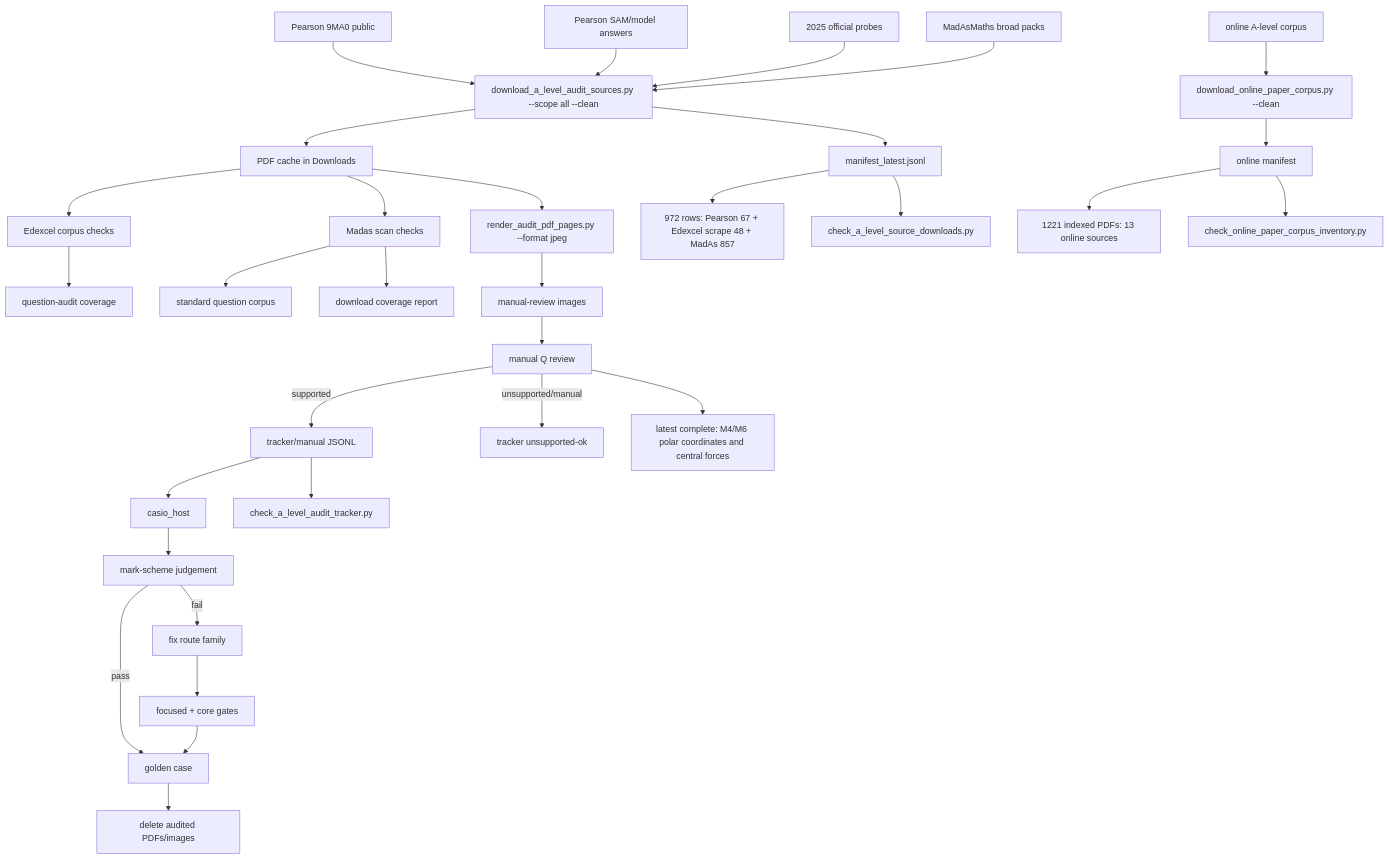
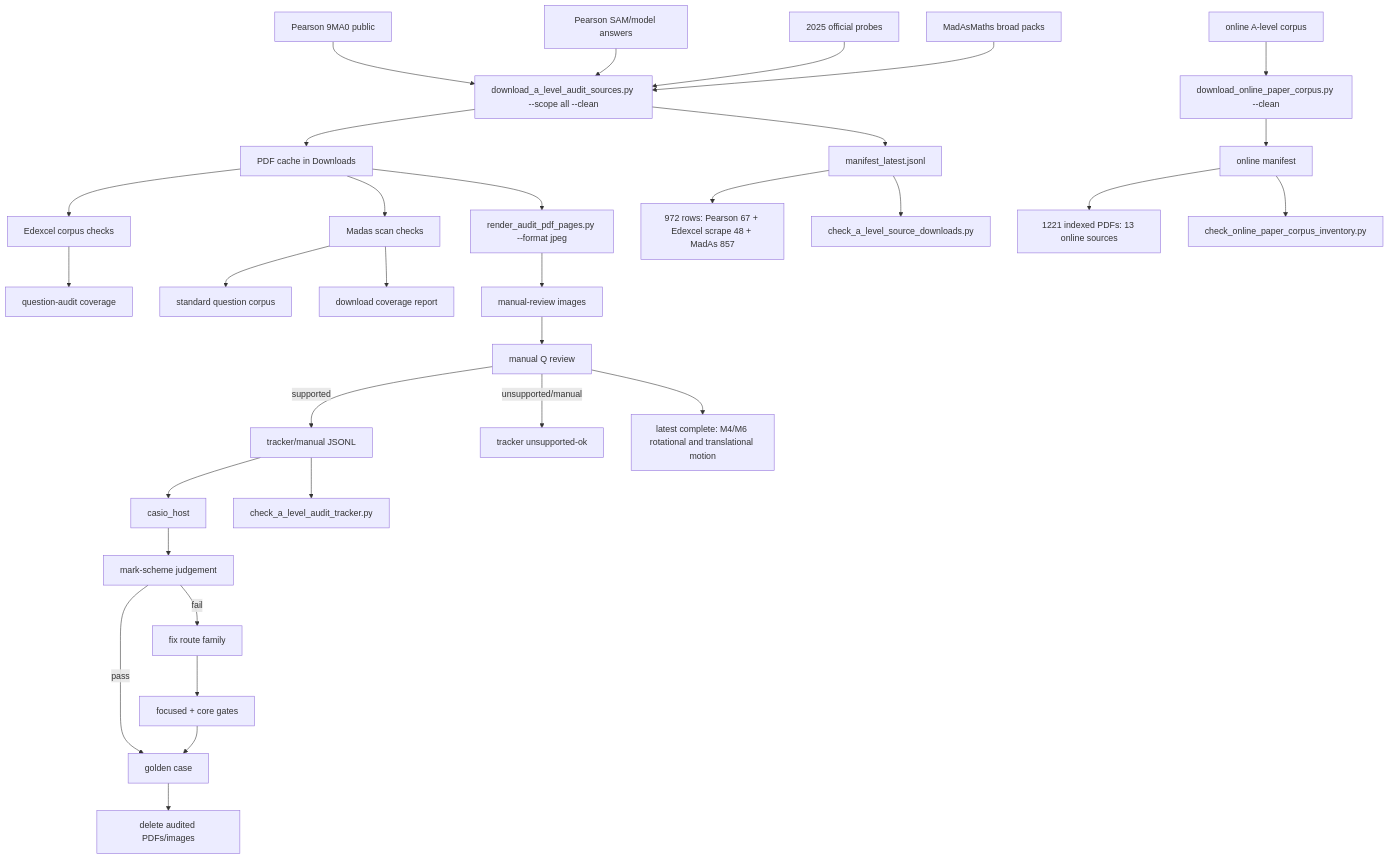
Before and after one commit to james8464/notes-addin-casio-fx-cg50: the diagram in c++/tools/golden/a_level_audit_graph.md, drawn with Mermaid. The commit also changed other lines of this file and 2 other files, not shown here.

Commit message:
Audit M4 M6 rotational translational booklet

````diff
--- a/c++/tools/golden/a_level_audit_graph.md
+++ b/c++/tools/golden/a_level_audit_graph.md
@@ -3,34 +3,34 @@
 ```mermaid
 graph TD
   E1["Pearson 9MA0 public"] --> D["download_a_level_audit_sources.py --scope all --clean"]
   E2["Pearson SAM/model answers"] --> D
   E3["2025 official probes"] --> D
   M1["MadAsMaths broad packs"] --> D
   O1["online A-level corpus"] --> OD["download_online_paper_corpus.py --clean"]
   D --> P["PDF cache in Downloads"]
   D --> X["manifest_latest.jsonl"]
   OD --> OX["online manifest"]
   X --> XC["972 rows: Pearson 67 + Edexcel scrape 48 + MadAs 857"]
   OX --> OC["1221 indexed PDFs: 13 online sources"]
   X --> V["check_a_level_source_downloads.py"]
   OX --> OV["check_online_paper_corpus_inventory.py"]
   P --> E["Edexcel corpus checks"]
   E --> EQ["question-audit coverage"]
   P --> S["Madas scan checks"]
   S --> M["standard question corpus"]
   S --> MC["download coverage report"]
   P --> R["render_audit_pdf_pages.py --format jpeg"]
   R --> I["manual-review images"]
   I --> Q["manual Q review"]
   Q -->|supported| J["tracker/manual JSONL"]
   Q -->|unsupported/manual| U["tracker unsupported-ok"]
   J --> H["casio_host"]
   J --> K["check_a_level_audit_tracker.py"]
   H --> C["mark-scheme judgement"]
   C -->|pass| G["golden case"]
   C -->|fail| F["fix route family"]
   F --> T["focused + core gates"]
   T --> G
   G --> Z["delete audited PDFs/images"]
-  Q --> Qt["latest complete: M4/M6 polar coordinates and central forces"]
+  Q --> Qt["latest complete: M4/M6 rotational and translational motion"]
 ```
````
